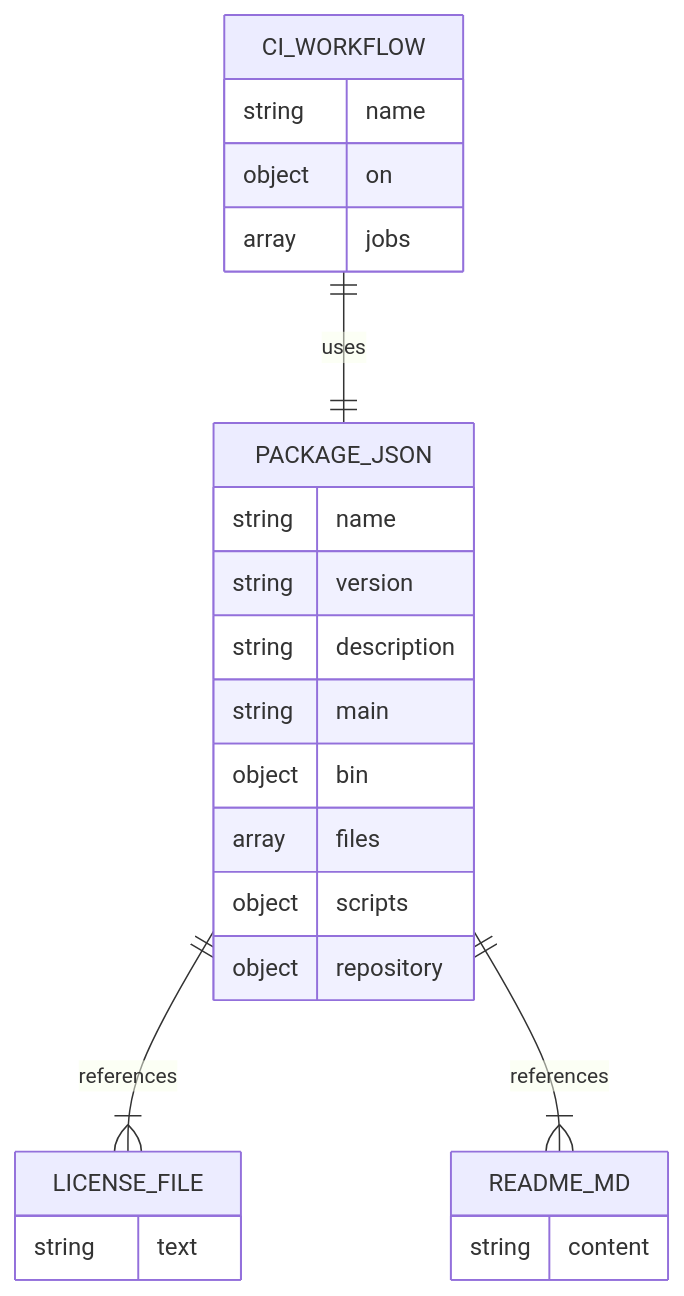
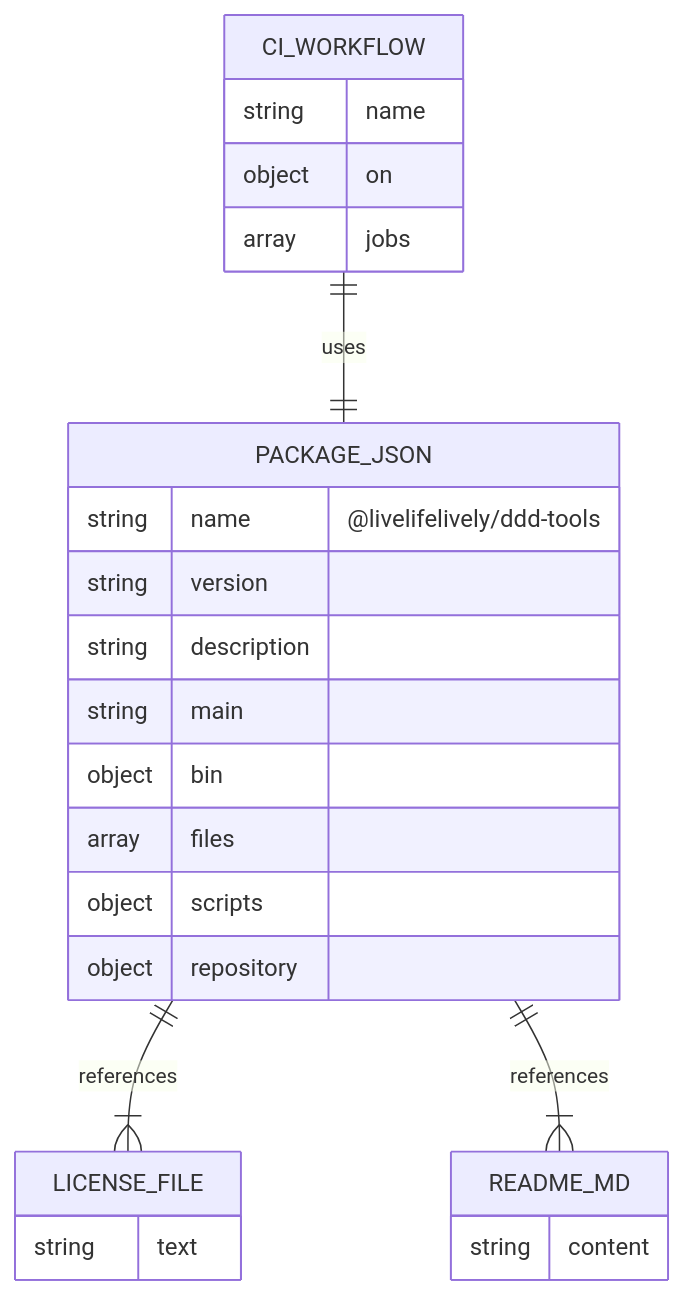
The fourth of 7 diagrams in docs/requirements/p1.p4-npm-publication.plan.md (livelifelively/documentation-driven-development-tools), drawn with Mermaid before and after one commit. The commit also changed other lines of this file and 8 other files, not shown here.

````diff
--- a/docs/requirements/p1.p4-npm-publication.plan.md
+++ b/docs/requirements/p1.p4-npm-publication.plan.md
@@ -168,32 +176,32 @@
 ```mermaid
 erDiagram
     PACKAGE_JSON {
-        string name
+        string name "@livelifelively/ddd-tools"
         string version
         string description
         string main
         object bin
         array files
         object scripts
         object repository
     }
 
     LICENSE_FILE {
         string text
     }
 
     README_MD {
         string content
     }
 
     CI_WORKFLOW {
         string name
         object on
         array jobs
     }
 
     PACKAGE_JSON ||--|{ LICENSE_FILE : "references"
     PACKAGE_JSON ||--|{ README_MD : "references"
     CI_WORKFLOW ||--|| PACKAGE_JSON : "uses"
 
 ```
````
